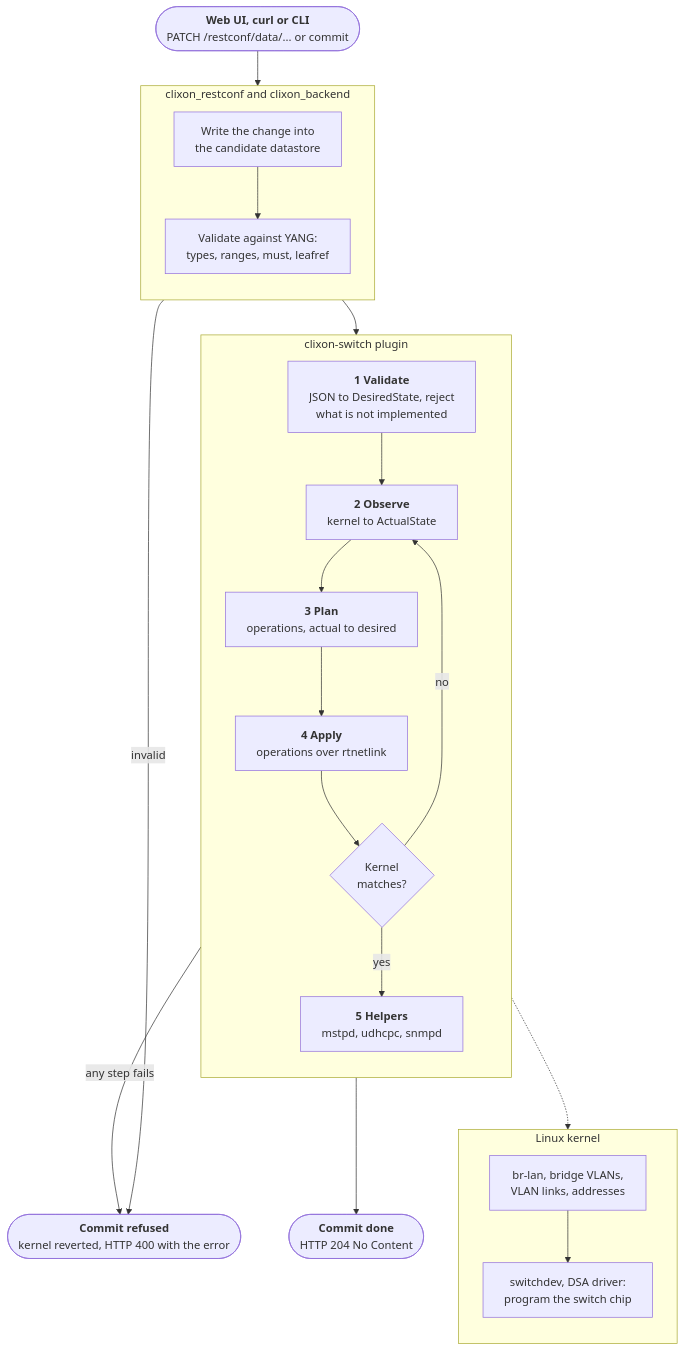
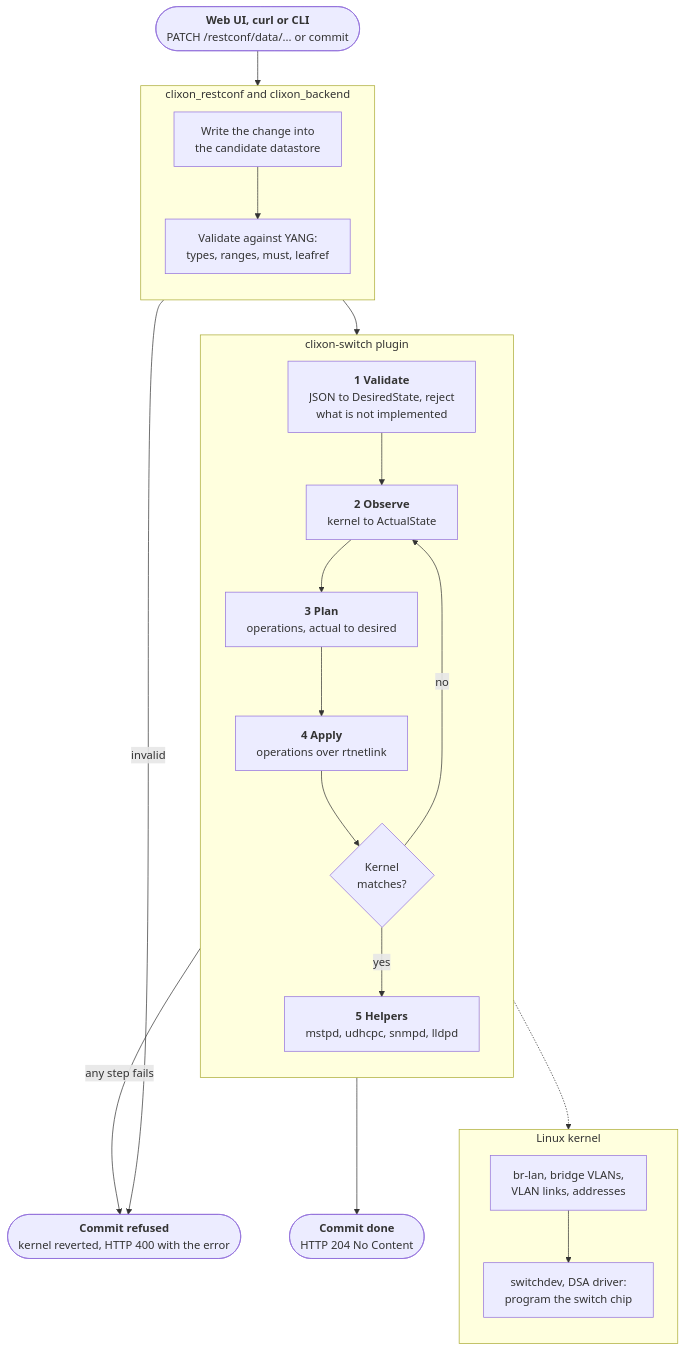
The second of 2 diagrams in docs/development/architecture.md (AlbrechtL/ethernet-switch-os), drawn with Mermaid before and after one commit. The commit also changed other lines of this file and 13 other files, not shown here.

````diff
--- a/docs/development/architecture.md
+++ b/docs/development/architecture.md
@@ -243,42 +250,42 @@
 ```mermaid
 %%{init: {"flowchart": {"wrappingWidth": 320}}}%%
 flowchart TB
     req(["<b>Web UI, curl or CLI</b><br/>PATCH /restconf/data/... or commit"])
 
     subgraph clixon["clixon_restconf and clixon_backend"]
         direction TB
         edit["Write the change into<br/>the candidate datastore"]
         yang["Validate against YANG:<br/>types, ranges, must, leafref"]
         edit --> yang
     end
 
     subgraph plugin["clixon-switch plugin"]
         direction TB
         validate["<b>1 Validate</b><br/>JSON to DesiredState, reject<br/>what is not implemented"]
         observe["<b>2 Observe</b><br/>kernel to ActualState"]
         plan["<b>3 Plan</b><br/>operations, actual to desired"]
         apply["<b>4 Apply</b><br/>operations over rtnetlink"]
         match{"Kernel<br/>matches?"}
-        helpers["<b>5 Helpers</b><br/>mstpd, udhcpc, snmpd"]
+        helpers["<b>5 Helpers</b><br/>mstpd, udhcpc, snmpd, lldpd"]
         validate --> observe --> plan --> apply --> match
         match -- no --> observe
         match -- yes --> helpers
     end
 
     subgraph kernel["Linux kernel"]
         direction TB
         bridge["br-lan, bridge VLANs,<br/>VLAN links, addresses"]
         asic["switchdev, DSA driver:<br/>program the switch chip"]
         bridge --> asic
     end
 
     ok(["<b>Commit done</b><br/>HTTP 204 No Content"])
     err(["<b>Commit refused</b><br/>kernel reverted, HTTP 400 with the error"])
 
     req --> clixon
     yang --> validate
     apply -.-> bridge
     helpers --> ok
     clixon -- invalid --> err
     plugin -- any step fails --> err
 ```
````
